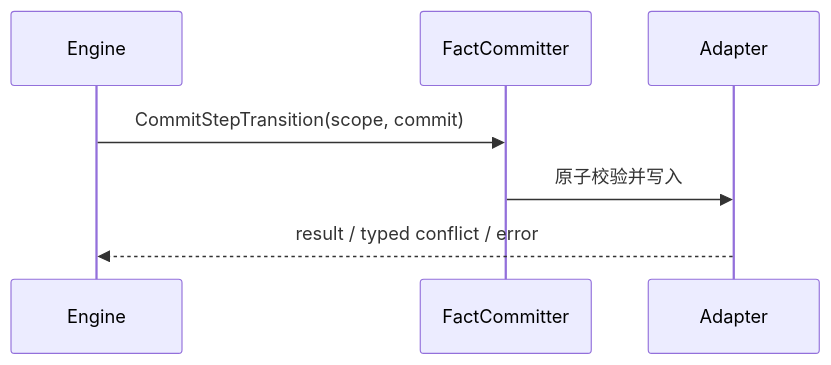
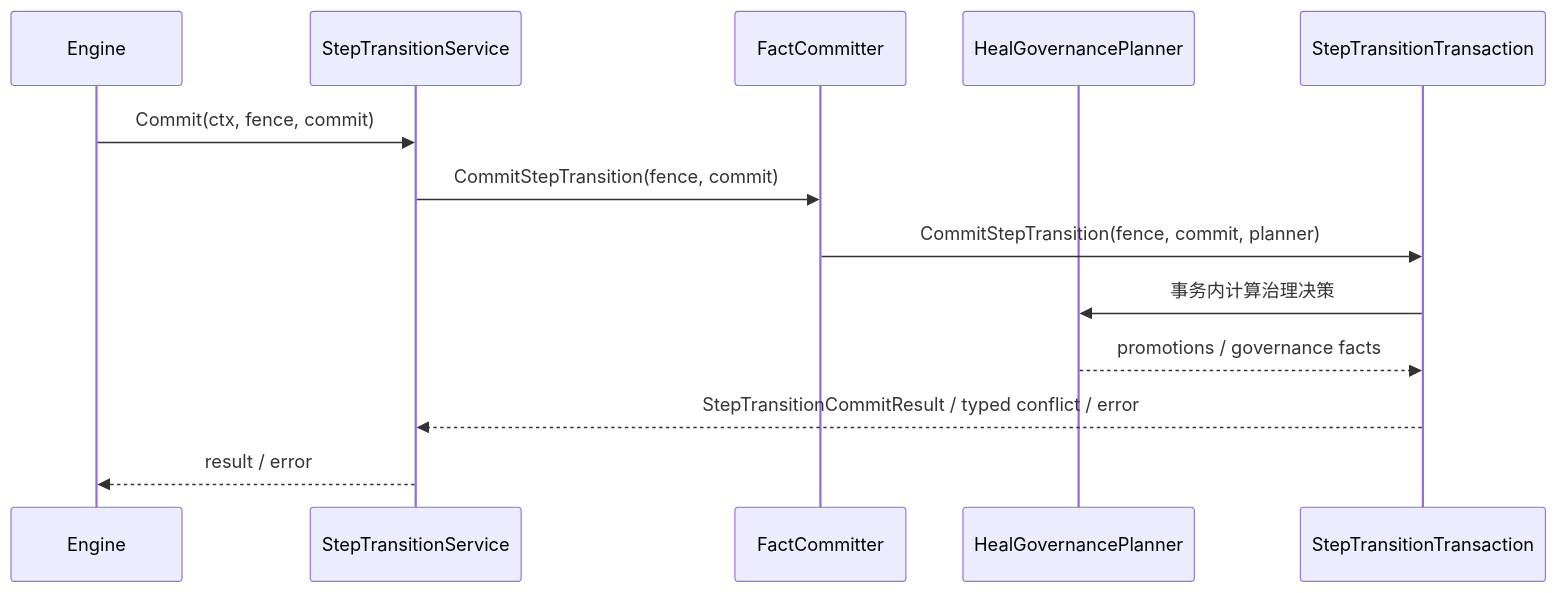
Before and after one commit to Capsule7446/healix-core: the first of 2 diagrams in docs/application/execution/commit-step-transition.md, drawn with Mermaid. The commit also changed other lines of this file and 180 other files, not shown here.

````diff
--- a/docs/application/execution/commit-step-transition.md
+++ b/docs/application/execution/commit-step-transition.md
@@ -19,9 +19,15 @@
 ```mermaid
 sequenceDiagram
     participant Engine
+    participant Service as StepTransitionService
     participant Port as FactCommitter
-    participant Adapter
-    Engine->>Port: CommitStepTransition(scope, commit)
-    Port->>Adapter: 原子校验并写入
-    Adapter-->>Engine: result / typed conflict / error
+    participant Planner as HealGovernancePlanner
+    participant Adapter as StepTransitionTransaction
+    Engine->>Service: Commit(ctx, fence, commit)
+    Service->>Port: CommitStepTransition(fence, commit)
+    Port->>Adapter: CommitStepTransition(fence, commit, planner)
+    Adapter->>Planner: 事务内计算治理决策
+    Planner-->>Adapter: promotions / governance facts
+    Adapter-->>Service: StepTransitionCommitResult / typed conflict / error
+    Service-->>Engine: result / error
 ```
````
